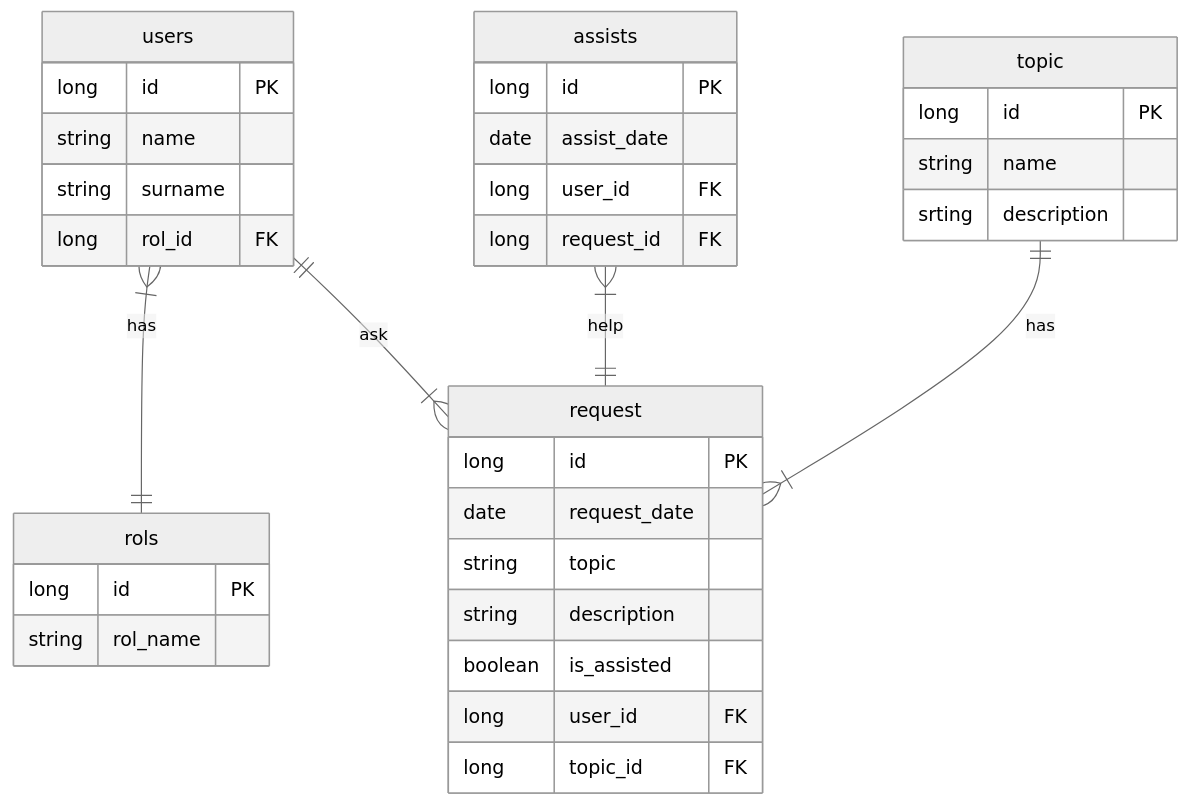
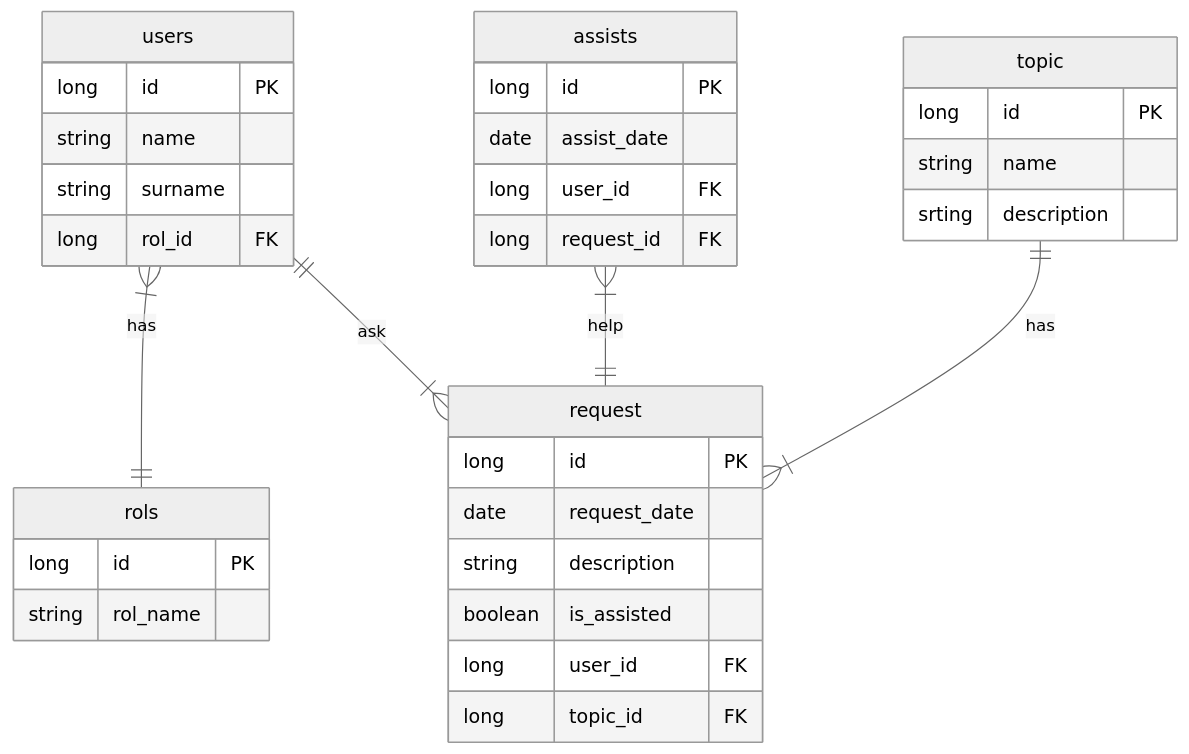
One commit to jemb4/project-spring-support-app changed the diagram in README.md. Above: the diagram before and after it, drawn with Mermaid (neutral theme). The commit also changed 3 other files, not shown here.

````diff
--- a/README.md
+++ b/README.md
@@ -3,37 +3,36 @@
 ```mermaid
 erDiagram
 users {
   long id PK
   string name
   string surname
   long rol_id FK
 }
 users }|--|| rols : has
 rols {
   long id PK
   string rol_name
 }
 users ||--|{ request : ask
 request {
   long id PK
   date request_date
-  string topic
   string description
   boolean is_assisted
   long user_id FK
   long topic_id FK
 }
 assists }|--|| request : help
 assists {
   long id PK
   date assist_date
   long user_id FK
   long request_id FK
 }
 topic ||--|{ request : has
 topic {
   long id PK
   string name
   srting description
 }
 ```
````
